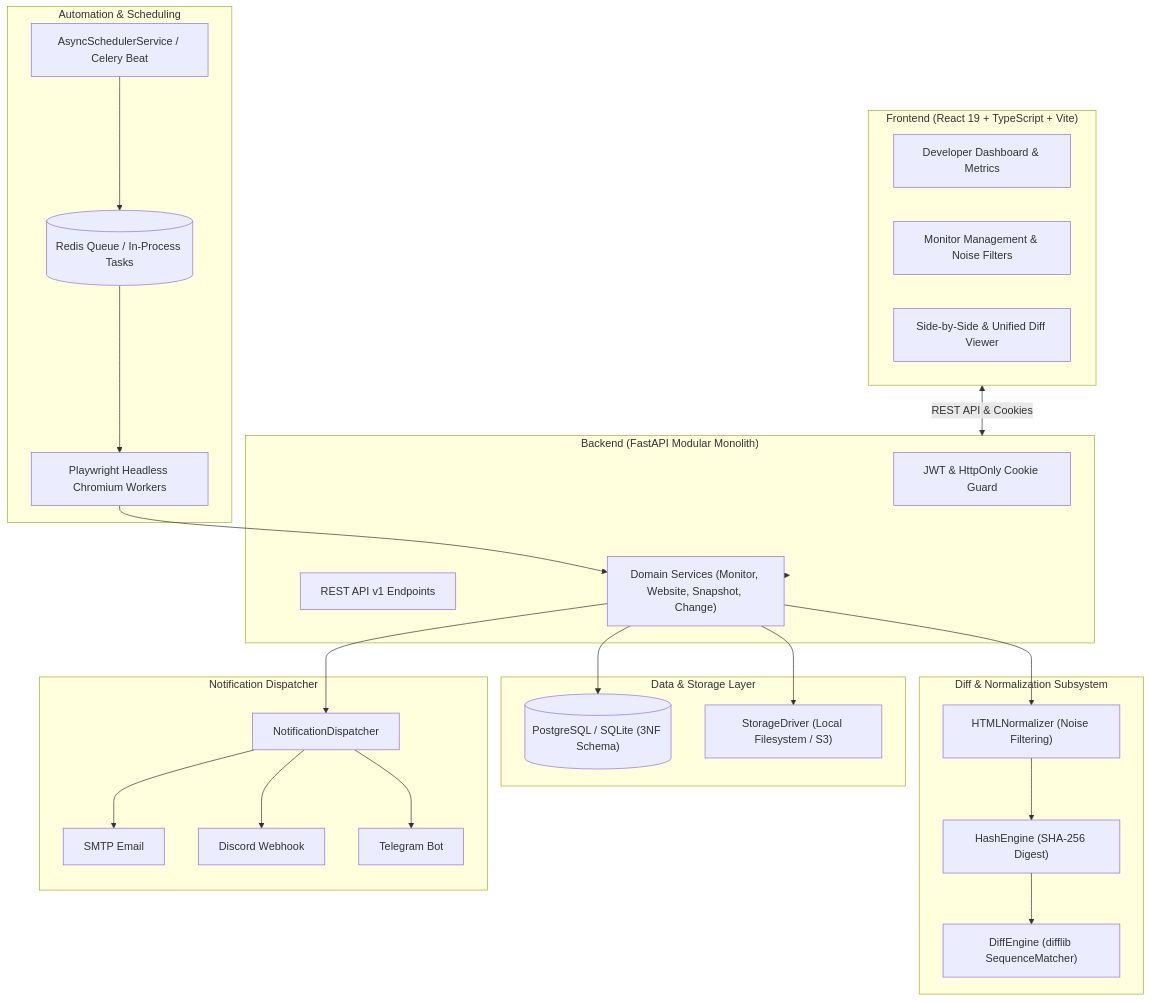
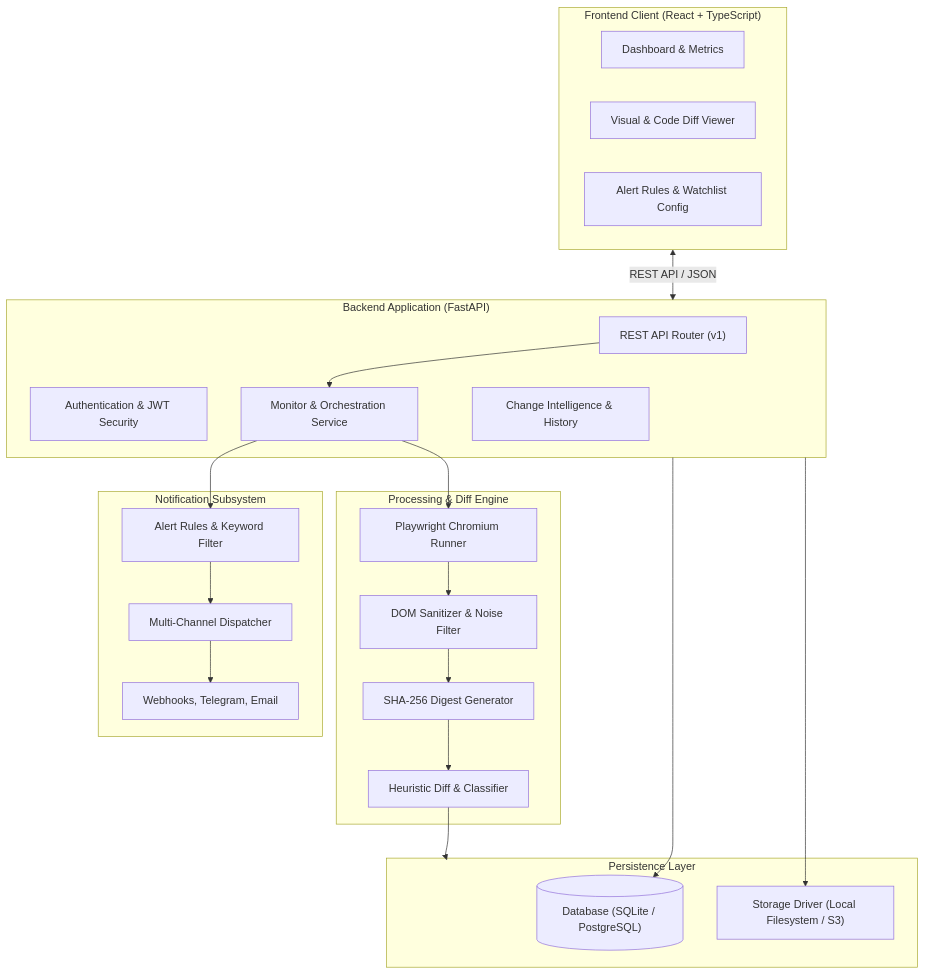
The diagram in README.md (Dhyanesh2603/change-detector), drawn with Mermaid before and after one commit. The commit also changed other lines of this file, not shown here.

````diff
--- a/README.md
+++ b/README.md
@@ -31,53 +17,46 @@
 ```mermaid
 flowchart TD
-    subgraph ClientLayer ["Frontend (React 19 + TypeScript + Vite)"]
-        Dashboard["Developer Dashboard & Metrics"]
-        Monitors["Monitor Management & Noise Filters"]
-        DiffViewer["Side-by-Side & Unified Diff Viewer"]
+    subgraph Client ["Frontend Client (React + TypeScript)"]
+        UI_Dashboard["Dashboard & Metrics"]
+        UI_DiffViewer["Visual & Code Diff Viewer"]
+        UI_Settings["Alert Rules & Watchlist Config"]
     end
 
-    subgraph APILayer ["Backend (FastAPI Modular Monolith)"]
-        AuthModule["JWT & HttpOnly Cookie Guard"]
-        V1Router["REST API v1 Endpoints"]
-        DomainServices["Domain Services (Monitor, Website, Snapshot, Change)"]
+    subgraph API ["Backend Application (FastAPI)"]
+        Router["REST API Router (v1)"]
+        AuthService["Authentication & JWT Security"]
+        MonitorService["Monitor & Orchestration Service"]
+        ChangeService["Change Intelligence & History"]
     end
 
-    subgraph DataStorage ["Data & Storage Layer"]
-        Database[("PostgreSQL / SQLite (3NF Schema)")]
-        StorageDriver["StorageDriver (Local Filesystem / S3)"]
+    subgraph Engine ["Processing & Diff Engine"]
+        BrowserWorker["Playwright Chromium Runner"]
+        Normalizer["DOM Sanitizer & Noise Filter"]
+        HashEngine["SHA-256 Digest Generator"]
+        DiffEngine["Heuristic Diff & Classifier"]
     end
 
-    subgraph WorkersScheduler ["Automation & Scheduling"]
-        Scheduler["AsyncSchedulerService / Celery Beat"]
-        Queue[("Redis Queue / In-Process Tasks")]
-        BrowserRunner["Playwright Headless Chromium Workers"]
+    subgraph Storage ["Persistence Layer"]
+        DB[("Database (SQLite / PostgreSQL)")]
+        DiskStorage["Storage Driver (Local Filesystem / S3)"]
     end
 
-    subgraph DiffSubsystem ["Diff & Normalization Subsystem"]
-        Normalizer["HTMLNormalizer (Noise Filtering)"]
-        HashEngine["HashEngine (SHA-256 Digest)"]
-        DiffEngine["DiffEngine (difflib SequenceMatcher)"]
+    subgraph Alerts ["Notification Subsystem"]
+        AlertEvaluator["Alert Rules & Keyword Filter"]
+        Dispatcher["Multi-Channel Dispatcher"]
+        Channels["Webhooks, Telegram, Email"]
     end
 
-    subgraph AlertingSubsystem ["Notification Dispatcher"]
-        Dispatcher["NotificationDispatcher"]
-        Email["SMTP Email"]
-        Discord["Discord Webhook"]
-        Telegram["Telegram Bot"]
-    end
-
-    ClientLayer <-->|REST API & Cookies| APILayer
-    APILayer --> DomainServices
-    DomainServices --> Database
-    DomainServices --> StorageDriver
-    Scheduler --> Queue
-    Queue --> BrowserRunner
-    BrowserRunner --> DomainServices
-    DomainServices --> Normalizer
+    Client <-->|REST API / JSON| API
+    Router --> MonitorService
+    MonitorService --> BrowserWorker
+    BrowserWorker --> Normalizer
     Normalizer --> HashEngine
     HashEngine --> DiffEngine
-    DomainServices --> Dispatcher
-    Dispatcher --> Email
-    Dispatcher --> Discord
-    Dispatcher --> Telegram
+    DiffEngine --> Storage
+    MonitorService --> AlertEvaluator
+    AlertEvaluator --> Dispatcher
+    Dispatcher --> Channels
+    API --> DB
+    API --> DiskStorage
 ```
````
